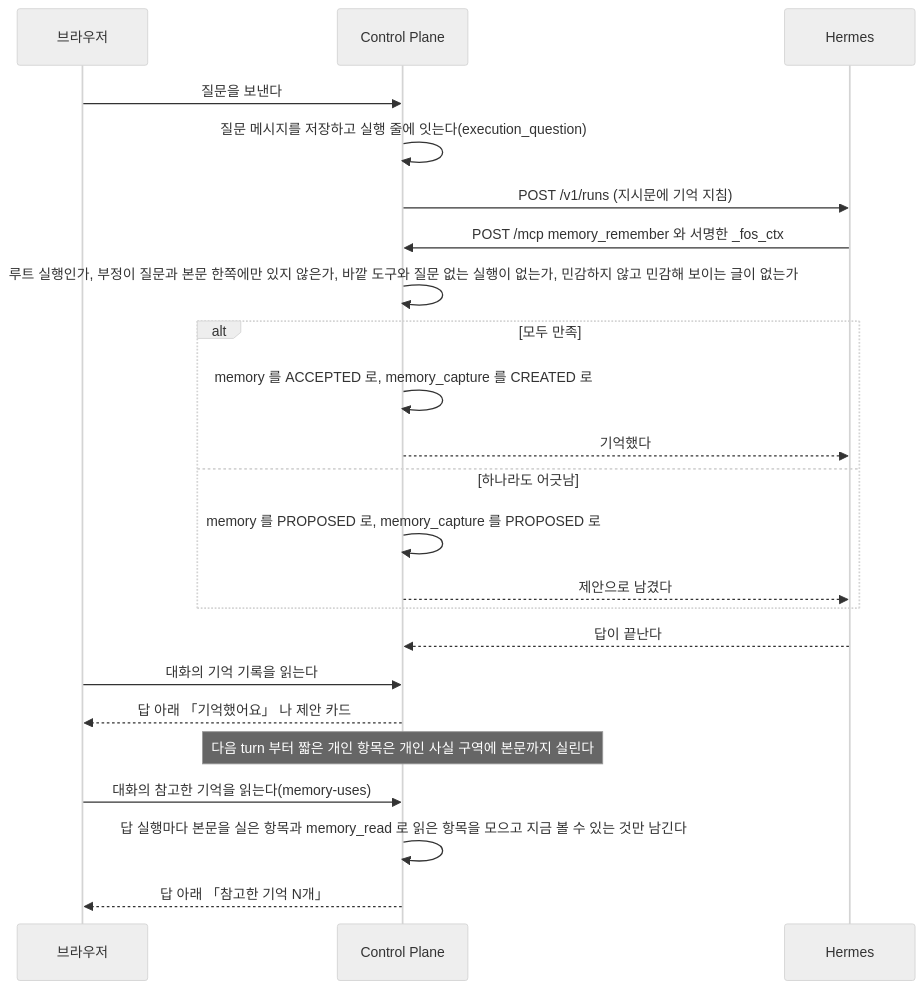
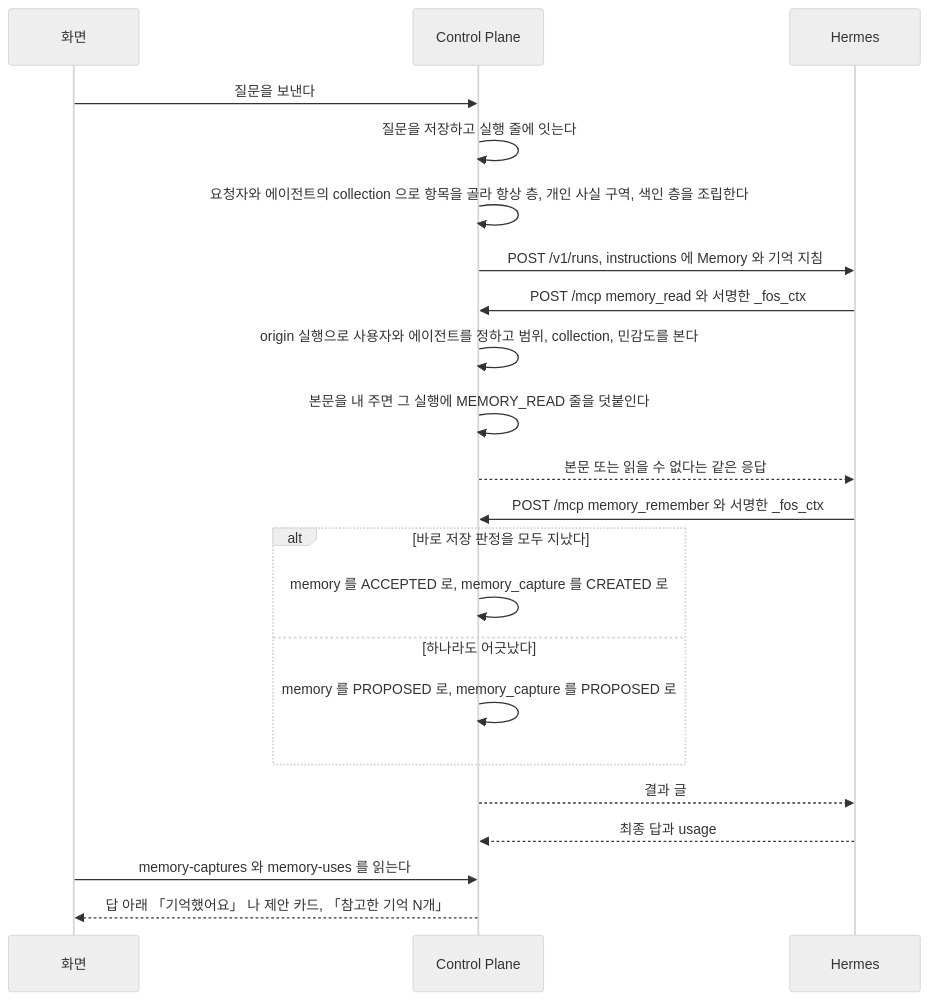
The diagram in docs/features/memory.md (jon890/fos-assistant), drawn with Mermaid (neutral theme) before and after one commit. The commit also changed other lines of this file and 2 other files, not shown here.

````diff
--- a/docs/features/memory.md
+++ b/docs/features/memory.md
@@ -112,26 +50,25 @@
 ```mermaid
 sequenceDiagram
-    participant B as 브라우저
+    participant W as 화면
     participant C as Control Plane
     participant H as Hermes
 
-    B->>C: 질문을 보낸다
-    C->>C: 질문 메시지를 저장하고 실행 줄에 잇는다(execution_question)
-    C->>H: POST /v1/runs (지시문에 기억 지침)
+    W->>C: 질문을 보낸다
+    C->>C: 질문을 저장하고 실행 줄에 잇는다
+    C->>C: 요청자와 에이전트의 collection 으로 항목을 골라 항상 층, 개인 사실 구역, 색인 층을 조립한다
+    C->>H: POST /v1/runs, instructions 에 Memory 와 기억 지침
+    H->>C: POST /mcp memory_read 와 서명한 _fos_ctx
+    C->>C: origin 실행으로 사용자와 에이전트를 정하고 범위, collection, 민감도를 본다
+    C->>C: 본문을 내 주면 그 실행에 MEMORY_READ 줄을 덧붙인다
+    C-->>H: 본문 또는 읽을 수 없다는 같은 응답
     H->>C: POST /mcp memory_remember 와 서명한 _fos_ctx
-    C->>C: 루트 실행인가, 부정이 질문과 본문 한쪽에만 있지 않은가, 바깥 도구와 질문 없는 실행이 없는가, 민감하지 않고 민감해 보이는 글이 없는가
-    alt 모두 만족
+    alt 바로 저장 판정을 모두 지났다
         C->>C: memory 를 ACCEPTED 로, memory_capture 를 CREATED 로
-        C-->>H: 기억했다
-    else 하나라도 어긋남
+    else 하나라도 어긋났다
         C->>C: memory 를 PROPOSED 로, memory_capture 를 PROPOSED 로
-        C-->>H: 제안으로 남겼다
     end
-    H-->>C: 답이 끝난다
-    B->>C: 대화의 기억 기록을 읽는다
-    C-->>B: 답 아래 「기억했어요」 나 제안 카드
-    Note over C: 다음 turn 부터 짧은 개인 항목은 개인 사실 구역에 본문까지 실린다
-    B->>C: 대화의 참고한 기억을 읽는다(memory-uses)
-    C->>C: 답 실행마다 본문을 실은 항목과 memory_read 로 읽은 항목을 모으고 지금 볼 수 있는 것만 남긴다
-    C-->>B: 답 아래 「참고한 기억 N개」
+    C-->>H: 결과 글
+    H-->>C: 최종 답과 usage
+    W->>C: memory-captures 와 memory-uses 를 읽는다
+    C-->>W: 답 아래 「기억했어요」 나 제안 카드, 「참고한 기억 N개」
 ```
````
